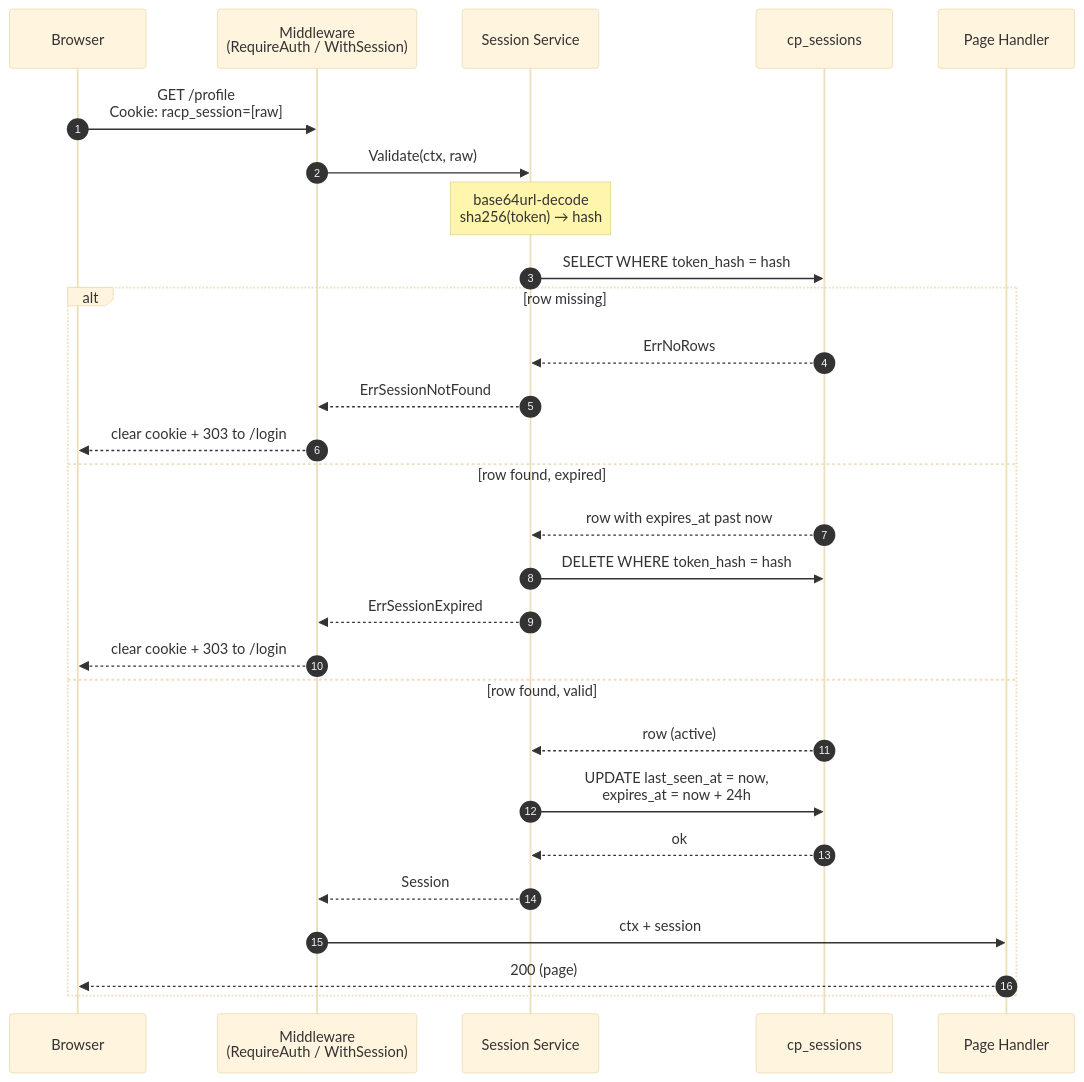
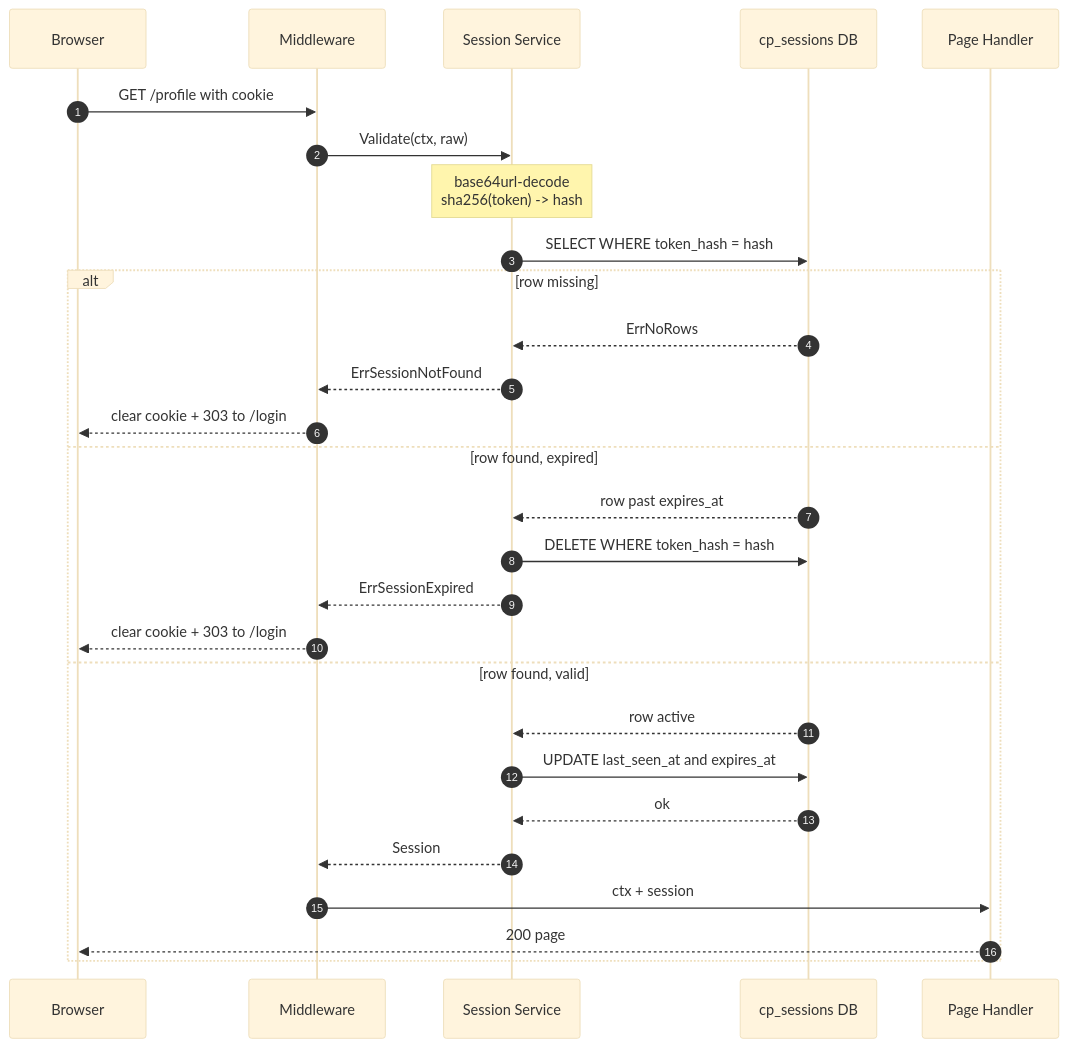
Before and after one commit to hayakawakaki/go-racp: the second of 2 diagrams in docs/opaque-session-token-flow.md, drawn with Mermaid (base theme). The commit also changed other lines of this file, not shown here.

````diff
--- a/docs/opaque-session-token-flow.md
+++ b/docs/opaque-session-token-flow.md
@@ -29,31 +33,31 @@
 ```mermaid
 sequenceDiagram
     autonumber
     participant B as Browser
-    participant M as Middleware<br>(RequireAuth / WithSession)
+    participant M as Middleware
     participant S as Session Service
-    participant D as cp_sessions
+    participant D as cp_sessions DB
     participant Hd as Page Handler
 
-    B->>M: GET /profile<br>Cookie: racp_session=[raw]
+    B->>M: GET /profile with cookie
     M->>S: Validate(ctx, raw)
-    Note over S: base64url-decode<br>sha256(token) → hash
+    Note over S: base64url-decode<br>sha256(token) -> hash
     S->>D: SELECT WHERE token_hash = hash
     alt row missing
         D-->>S: ErrNoRows
         S-->>M: ErrSessionNotFound
         M-->>B: clear cookie + 303 to /login
     else row found, expired
-        D-->>S: row with expires_at past now
+        D-->>S: row past expires_at
         S->>D: DELETE WHERE token_hash = hash
         S-->>M: ErrSessionExpired
         M-->>B: clear cookie + 303 to /login
     else row found, valid
-        D-->>S: row (active)
-        S->>D: UPDATE last_seen_at = now,<br>expires_at = now + 24h
+        D-->>S: row active
+        S->>D: UPDATE last_seen_at and expires_at
         D-->>S: ok
         S-->>M: Session
         M->>Hd: ctx + session
-        Hd-->>B: 200 (page)
+        Hd-->>B: 200 page
     end
 ```
````
